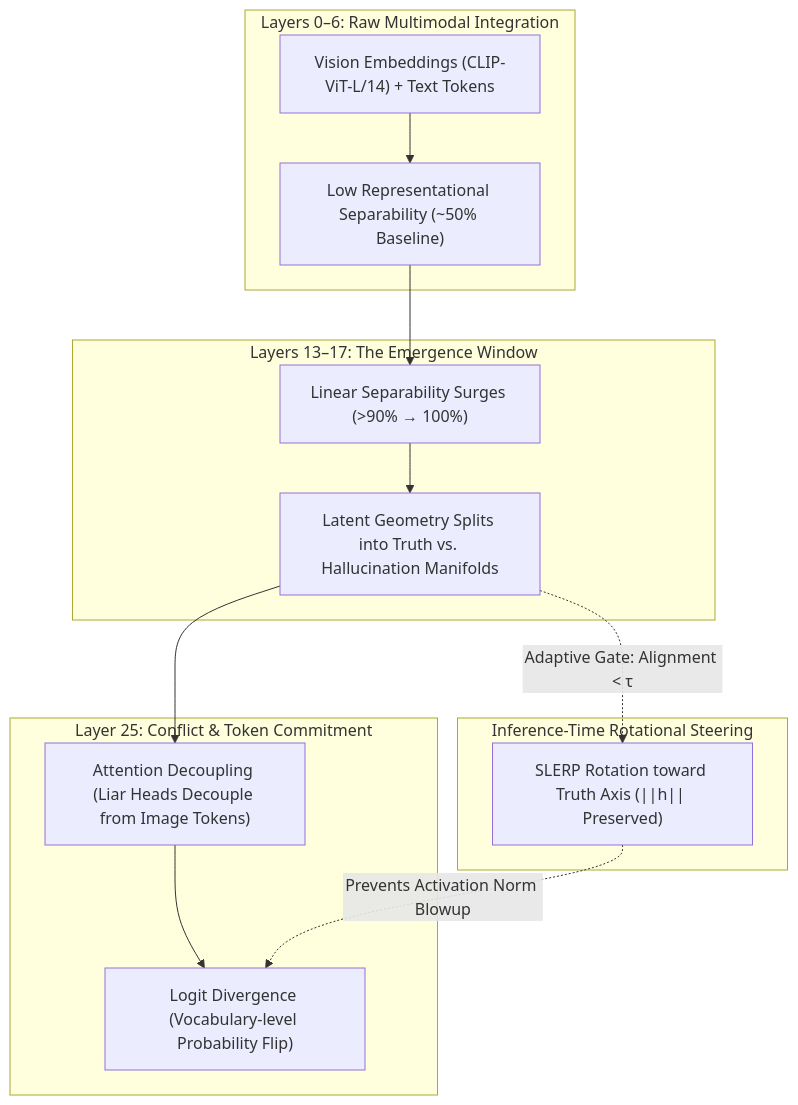
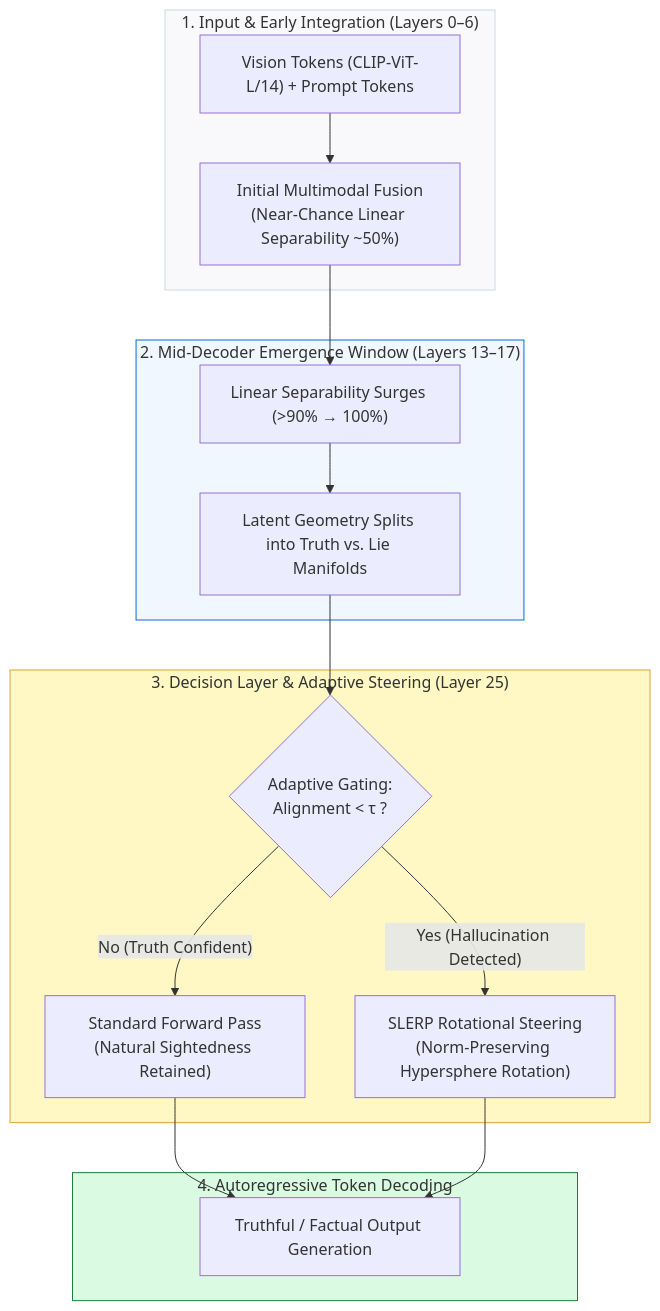
One commit to basavarajnaduvinamani/DA5410-Winter-Project changed the diagram in README.md. Above: the diagram before and after it, drawn with Mermaid. The commit also changed other lines of this file, not shown here.

Commit message:
docs: redesign Mermaid flowchart for collision-free layout and aesthetic styling

````diff
--- a/README.md
+++ b/README.md
@@ -28,21 +28,31 @@
 ```mermaid
 flowchart TD
-    subgraph EarlyLayers ["Layers 0–6: Raw Multimodal Integration"]
-        A["Vision Embeddings (CLIP-ViT-L/14) + Text Tokens"] --> B["Low Representational Separability (~50% Baseline)"]
+    subgraph Phase1 ["1. Input & Early Integration (Layers 0–6)"]
+        A["Vision Tokens (CLIP-ViT-L/14) + Prompt Tokens"] --> B["Initial Multimodal Fusion
+(Near-Chance Linear Separability ~50%)"]
     end
 
-    subgraph MidLayers ["Layers 13–17: The Emergence Window"]
+    subgraph Phase2 ["2. Mid-Decoder Emergence Window (Layers 13–17)"]
         B --> C["Linear Separability Surges (>90% → 100%)"]
-        C --> D["Latent Geometry Splits into Truth vs. Hallucination Manifolds"]
+        C --> D["Latent Geometry Splits into Truth vs. Lie Manifolds"]
     end
 
-    subgraph DecisionLayer ["Layer 25: Conflict & Token Commitment"]
-        D --> E["Attention Decoupling (Liar Heads Decouple from Image Tokens)"]
-        E --> F["Logit Divergence (Vocabulary-level Probability Flip)"]
+    subgraph Phase3 ["3. Decision Layer & Adaptive Steering (Layer 25)"]
+        D --> E{"Adaptive Gating:
+Alignment < τ ?"}
+        E -- "No (Truth Confident)" --> F["Standard Forward Pass
+(Natural Sightedness Retained)"]
+        E -- "Yes (Hallucination Detected)" --> G["SLERP Rotational Steering
+(Norm-Preserving Hypersphere Rotation)"]
     end
 
-    subgraph InferenceIntervention ["Inference-Time Rotational Steering"]
-        D -.->|"Adaptive Gate: Alignment < τ"| G["SLERP Rotation toward Truth Axis (||h|| Preserved)"]
-        G -.->|"Prevents Activation Norm Blowup"| F
+    subgraph Phase4 ["4. Autoregressive Token Decoding"]
+        F --> H["Truthful / Factual Output Generation"]
+        G --> H
     end
+
+    style Phase1 fill:#f9f9fb,stroke:#d0d7de,stroke-width:1px
+    style Phase2 fill:#f0f7ff,stroke:#0969da,stroke-width:1px
+    style Phase3 fill:#fff8c5,stroke:#d4a72c,stroke-width:1px
+    style Phase4 fill:#dafbe1,stroke:#1a7f37,stroke-width:1px
 ```
````
